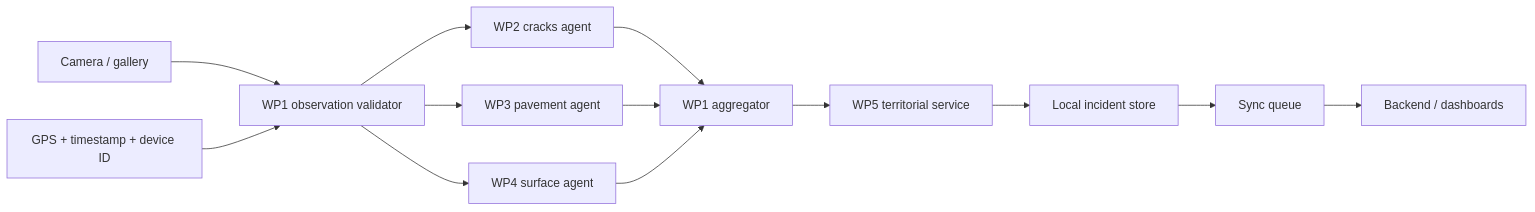
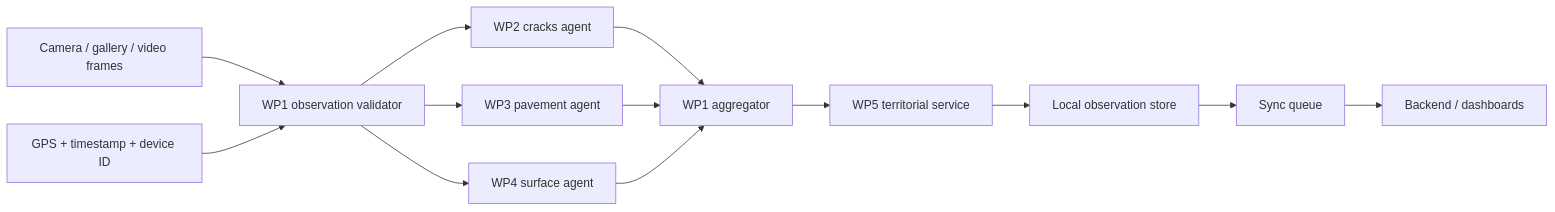
Before and after one commit to TrabelsiAmin/Road-damage-project: the diagram in docs/architecture.md, drawn with Mermaid. The commit also changed other lines of this file and 42 other files, not shown here.

````diff
--- a/docs/architecture.md
+++ b/docs/architecture.md
@@ -9,15 +45,15 @@
 ```mermaid
 flowchart LR
-  C[Camera / gallery] --> W[WP1 observation validator]
+  C[Camera / gallery / video frames] --> W[WP1 observation validator]
   G[GPS + timestamp + device ID] --> W
   W --> A1[WP2 cracks agent]
   W --> A2[WP3 pavement agent]
   W --> A3[WP4 surface agent]
   A1 --> AG[WP1 aggregator]
   A2 --> AG
   A3 --> AG
   AG --> T[WP5 territorial service]
-  T --> L[Local incident store]
+  T --> L[Local observation store]
   L --> S[Sync queue]
   S --> B[Backend / dashboards]
 ```
````
